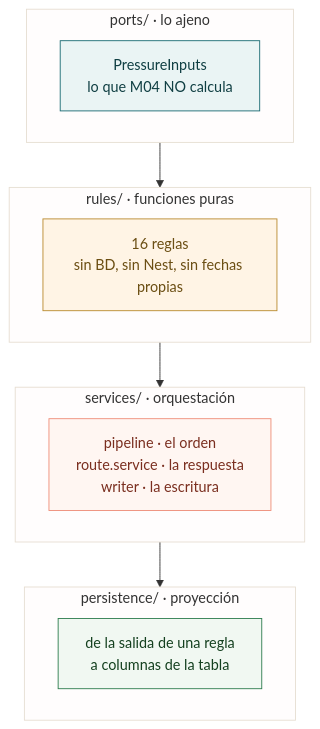
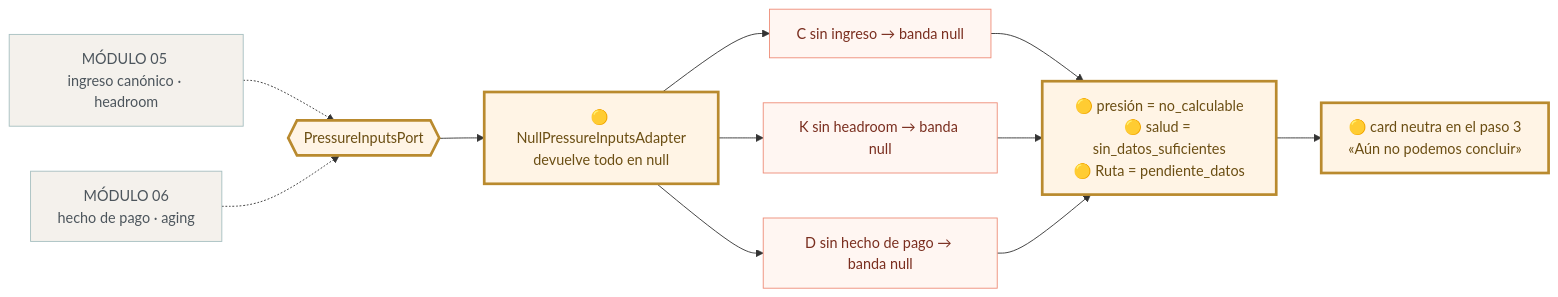
One commit to miguelherize-creator/walvy-workspace changed the fourth of 6 diagrams in context/modulo04-motor-deudas/motor-m04-en-detalle.md. Above: the diagram before and after it, drawn with Mermaid. The commit also changed other lines of this file and 4 other files, not shown here.

````diff
--- a/context/modulo04-motor-deudas/motor-m04-en-detalle.md
+++ b/context/modulo04-motor-deudas/motor-m04-en-detalle.md
@@ -108,34 +167,22 @@
 ```mermaid
-flowchart TB
-    subgraph L1["rules/ · funciones puras"]
-        direction LR
-        R1["16 reglas<br/>sin BD, sin Nest, sin fechas propias"]
-    end
-    subgraph L2["services/ · orquestación"]
-        direction LR
-        R2["pipeline · el orden<br/>route.service · la respuesta<br/>writer · la escritura"]
-    end
-    subgraph L3["persistence/ · proyección"]
-        direction LR
-        R3["de la salida de una regla<br/>a columnas de la tabla"]
-    end
-    subgraph L4["ports/ · lo ajeno"]
-        direction LR
-        R4["PressureInputs<br/>lo que M04 NO calcula"]
-    end
+flowchart LR
+    M5["MÓDULO 05 <br/>ingreso canónico · headroom"] -.-> PORT
+    M6["MÓDULO 06 <br/>hecho de pago · aging"] -.-> PORT
 
-    L4 --> L1 --> L2 --> L3
+    PORT{{"PressureInputsPort"}}:::prov
+    PORT --> NULO["🟡 NullPressureInputsAdapter<br/>devuelve todo en null"]:::prov
 
-    classDef c1 fill:#FFF4E5,stroke:#B98A2E,color:#6B4E13
-    classDef c2 fill:#FFF6F2,stroke:#EE8D78,color:#7A2E1F
-    classDef c3 fill:#F1F8F2,stroke:#2E7D4F,color:#14401F
-    classDef c4 fill:#EAF4F4,stroke:#1B6B73,color:#103F43
-    class R1 c1
-    class R2 c2
-    class R3 c3
-    class R4 c4
-    style L1 fill:#FFFDFD,stroke:#E6DED2
-    style L2 fill:#FFFDFD,stroke:#E6DED2
-    style L3 fill:#FFFDFD,stroke:#E6DED2
-    style L4 fill:#FFFDFD,stroke:#E6DED2
+    NULO --> R1["C sin ingreso → banda null"]
+    NULO --> R2["K sin headroom → banda null"]
+    NULO --> R3["D sin hecho de pago → banda null"]
+
+    R1 & R2 & R3 --> RES["🟡 presión = no_calculable<br/>🟡 salud = sin_datos_suficientes<br/>🟡 Ruta = pendiente_datos"]:::prov
+
+    RES --> UI["🟡 card neutra en el paso 3<br/>«Aún no podemos concluir»"]:::prov
+
+    classDef prov fill:#FFF4E5,stroke:#B98A2E,color:#6B4E13,stroke-width:3px
+    class M5,M6 ext
+    classDef ext fill:#F4F1EC,stroke:#A6BFC0,color:#4C555C
+    class R1,R2,R3 paso
+    classDef paso fill:#FFF6F2,stroke:#EE8D78,color:#7A2E1F
 ```
````
